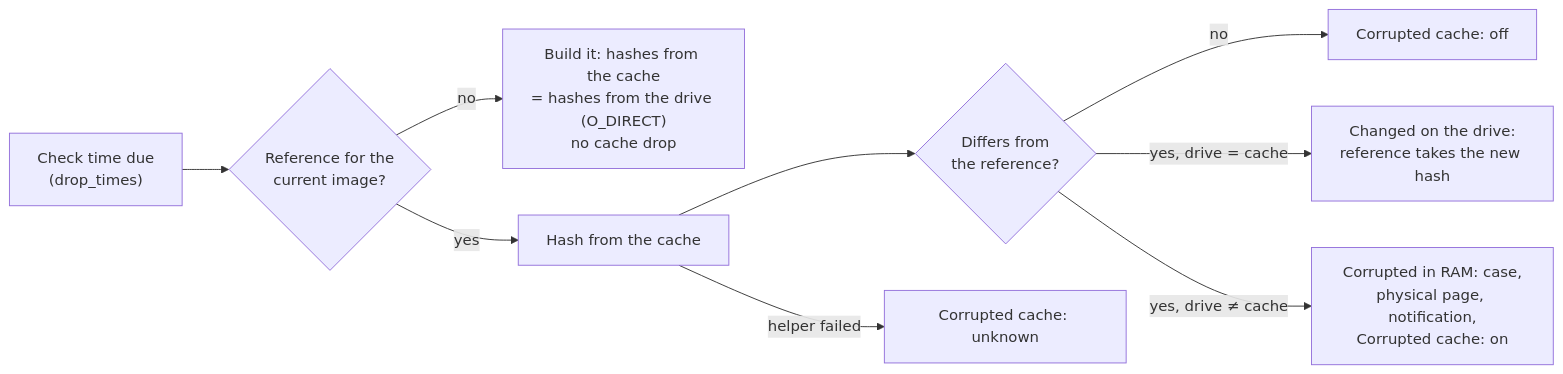
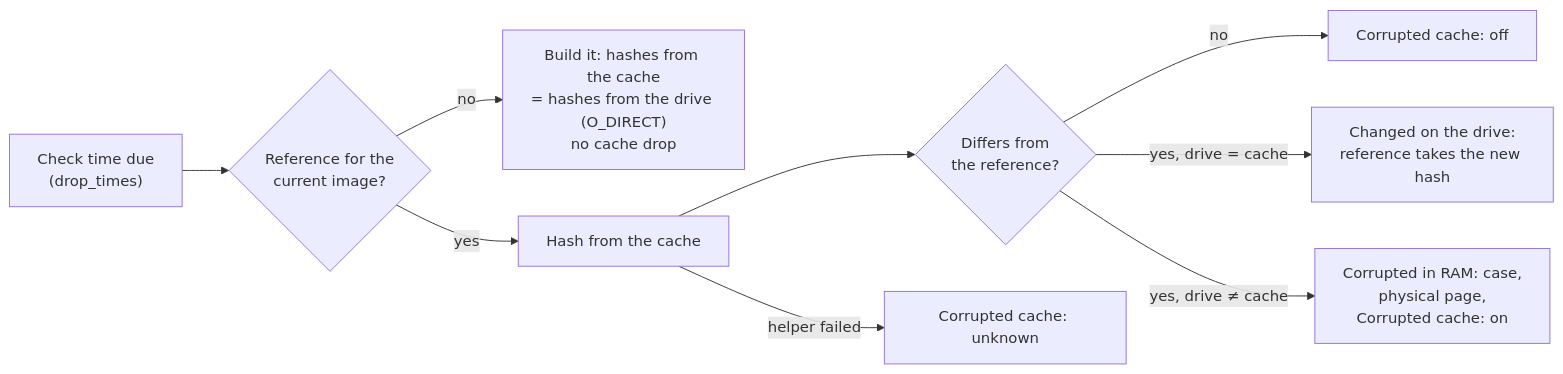
One commit to n-schilling/ha-app-crash-guard changed the second of 2 diagrams in crash_guard/DOCS.md. Above: the diagram before and after it, drawn with Mermaid. The commit also changed other lines of this file and 7 other files, not shown here.

````diff
--- a/crash_guard/DOCS.md
+++ b/crash_guard/DOCS.md
@@ -32,11 +32,11 @@
 ```mermaid
 flowchart LR
     due["Check time due<br/>(drop_times)"] --> ref{"Reference for the<br/>current image?"}
     ref -->|no| build["Build it: hashes from the cache<br/>= hashes from the drive (O_DIRECT)<br/>no cache drop"]
     ref -->|yes| hash["Hash from the cache"]
     hash --> differ{"Differs from<br/>the reference?"}
     differ -->|no| ok["Corrupted cache: off"]
     differ -->|"yes, drive = cache"| changed["Changed on the drive:<br/>reference takes the new hash"]
-    differ -->|"yes, drive ≠ cache"| bad["Corrupted in RAM: case,<br/>physical page, notification,<br/>Corrupted cache: on"]
+    differ -->|"yes, drive ≠ cache"| bad["Corrupted in RAM: case,<br/>physical page,<br/>Corrupted cache: on"]
     hash -->|"helper failed"| unknown["Corrupted cache: unknown"]
 ```
````
